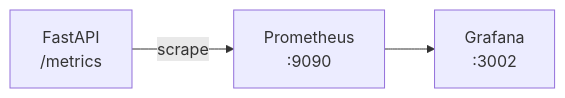
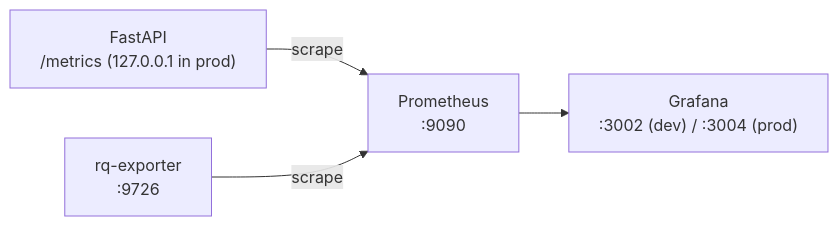
The fourth of 4 diagrams in docs/architecture/SAD-03-Deployment-Operations.md (docugardener/docugardener), drawn with Mermaid before and after one commit. The commit also changed other lines of this file and 8 other files, not shown here.

````diff
--- a/docs/architecture/SAD-03-Deployment-Operations.md
+++ b/docs/architecture/SAD-03-Deployment-Operations.md
@@ -347,5 +381,6 @@
 ```mermaid
 flowchart LR
-    API["FastAPI<br/>/metrics"] -->|scrape| PROM["Prometheus<br/>:9090"]
-    PROM --> GRAF["Grafana<br/>:3002"]
+    API["FastAPI<br/>/metrics (127.0.0.1 in prod)"] -->|scrape| PROM["Prometheus<br/>:9090"]
+    RQX["rq-exporter<br/>:9726"] -->|scrape| PROM
+    PROM --> GRAF["Grafana<br/>:3002 (dev) / :3004 (prod)"]
 ```
````
